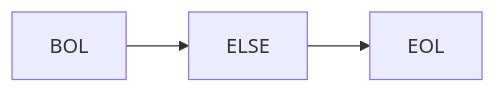
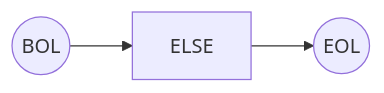
Diagram 13 of 15 in documentation/nfsm.md (rewhowe/snapdragon), drawn with Mermaid before and after one commit. The commit also changed other lines of this file and 16 other files, not shown here.

````diff
--- a/documentation/nfsm.md
+++ b/documentation/nfsm.md
@@ -276,6 +466,6 @@
 ```mermaid
 graph LR
-  BOL --> ELSE
+  BOL((BOL)) --> ELSE
 
-  ELSE --> EOL
+  ELSE --> EOL((EOL))
 ```
````
